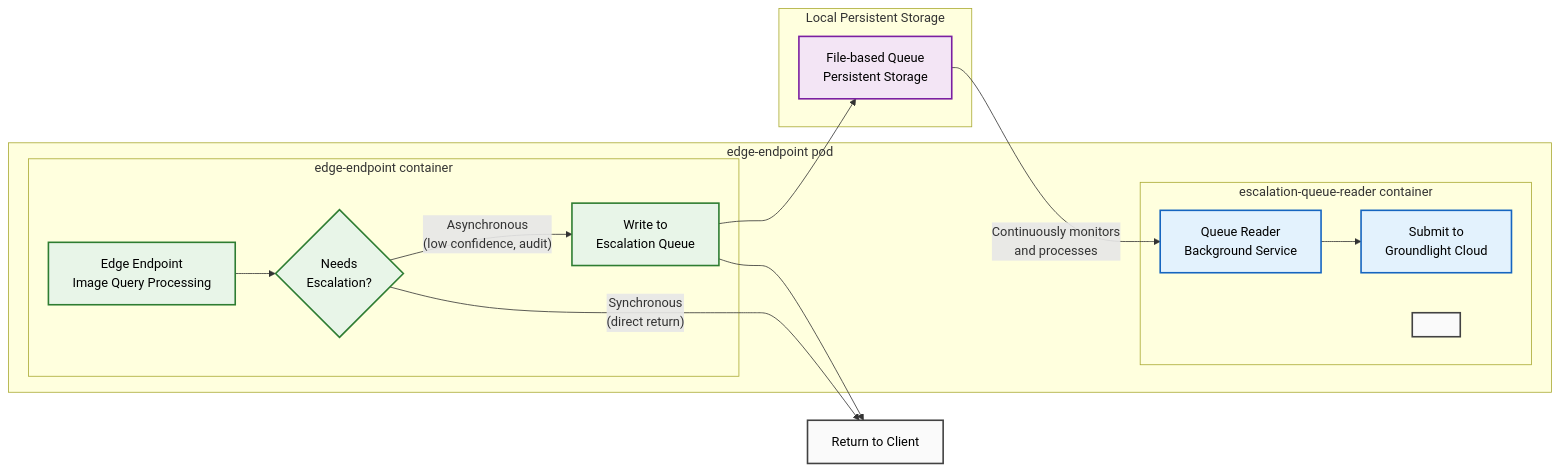
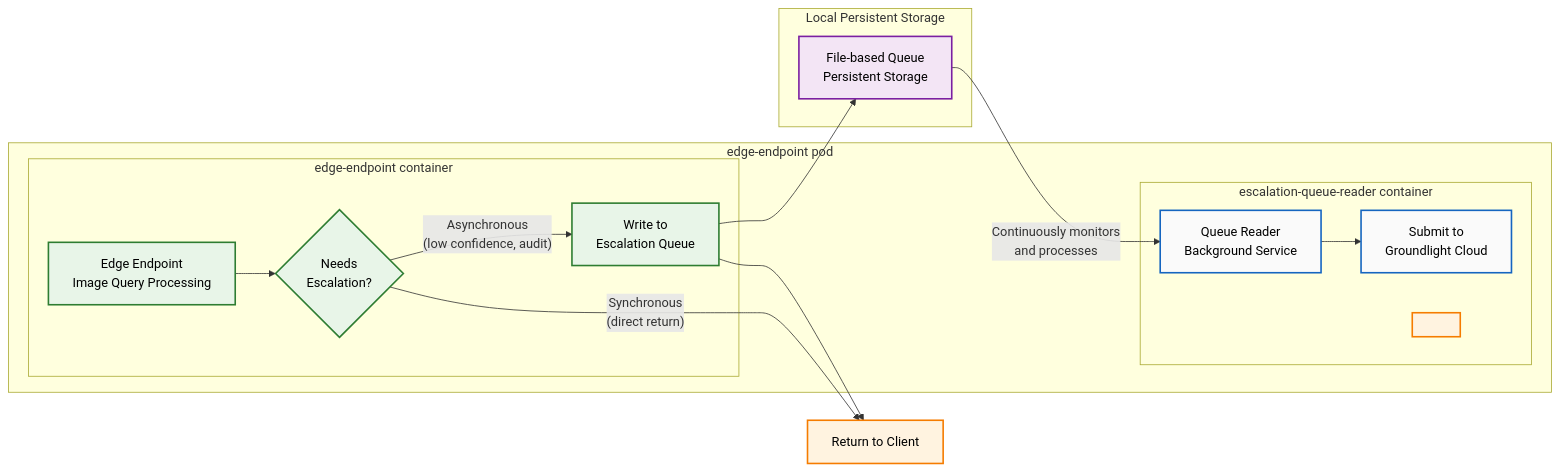
The diagram in ESCALATION-QUEUE.md (groundlight/edge-endpoint), drawn with Mermaid before and after one commit.

Commit message:
formatting

````diff
--- a/ESCALATION-QUEUE.md
+++ b/ESCALATION-QUEUE.md
@@ -11,42 +11,42 @@
 ```mermaid
 flowchart LR
     subgraph "edge-endpoint pod"
         subgraph "edge-endpoint container"
             EDGE[Edge Endpoint<br/>Image Query Processing]
             DECISION{Needs<br/>Escalation?}
             QUEUE_WRITE[Write to<br/>Escalation Queue]
         end
         
         subgraph "escalation-queue-reader container"
             QUEUE_READ[Queue Reader<br/>Background Service]
             CLOUD_SUBMIT[Submit to<br/>Groundlight Cloud]
             SPACING[ ]
         end
     end
     
     subgraph "Local Persistent Storage"
         QUEUE[File-based Queue<br/>Persistent Storage]
     end
     
     %% Main Flow
     EDGE --> DECISION
     DECISION -->|"Asynchronous<br/>(low confidence, audit)"| QUEUE_WRITE
     DECISION -->|"Synchronous<br/>(direct return)"| RESPONSE[Return to Client]
     QUEUE_WRITE --> QUEUE
     QUEUE_WRITE --> RESPONSE
     
     %% Background Flow
     QUEUE --> |Continuously monitors<br/>and processes| QUEUE_READ
     QUEUE_READ --> CLOUD_SUBMIT
     
     %% Styling with darker text
     classDef main fill:#e8f5e8,stroke:#2e7d32,stroke-width:2px,color:#000000
     classDef storage fill:#f3e5f5,stroke:#7b1fa2,stroke-width:2px,color:#000000
-    classDef background fill:#e3f2fd,stroke:#1565c0,stroke-width:2px,color:#000000
-    classDef response fill:#fafafa,stroke:#424242,stroke-width:2px,color:#000000
+    classDef background fill:#fafafa,stroke:#1565c0,stroke-width:2px,color:#000000
+    classDef response fill:#fff3e0,stroke:#f57c00,stroke-width:2px,color:#000000
     
     class EDGE,DECISION,QUEUE_WRITE main
     class QUEUE storage
     class QUEUE_READ,CLOUD_SUBMIT background
     class RESPONSE,SPACING response
 ```
````
